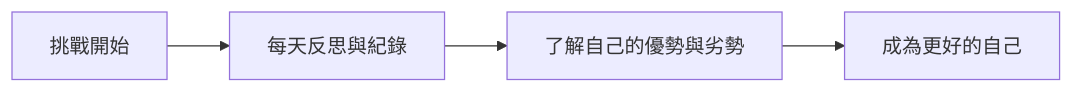
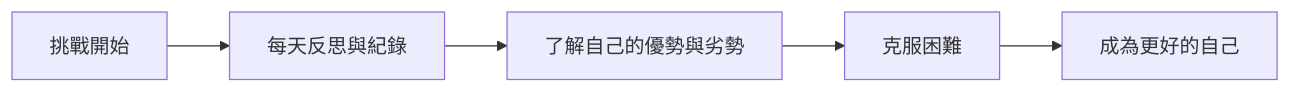
The diagram in src/content/posts/learning/2026-04-23-what-is-it-like-to-be-a-woman-at-the-highest-difficulty-leve.md (a920604a/engineernews), drawn with Mermaid before and after one commit. The commit also changed other lines of this file and 49 other files, not shown here.

````diff
--- a/src/content/posts/learning/2026-04-23-what-is-it-like-to-be-a-woman-at-the-highest-difficulty-leve.md
+++ b/src/content/posts/learning/2026-04-23-what-is-it-like-to-be-a-woman-at-the-highest-difficulty-leve.md
@@ -35,6 +24,7 @@
 ```mermaid
 graph LR
     A[挑戰開始] --> B[每天反思與紀錄]
     B --> C[了解自己的優勢與劣勢]
-    C --> D[成為更好的自己]
+    C --> D[克服困難]
+    D --> E[成為更好的自己]
 ```
````
